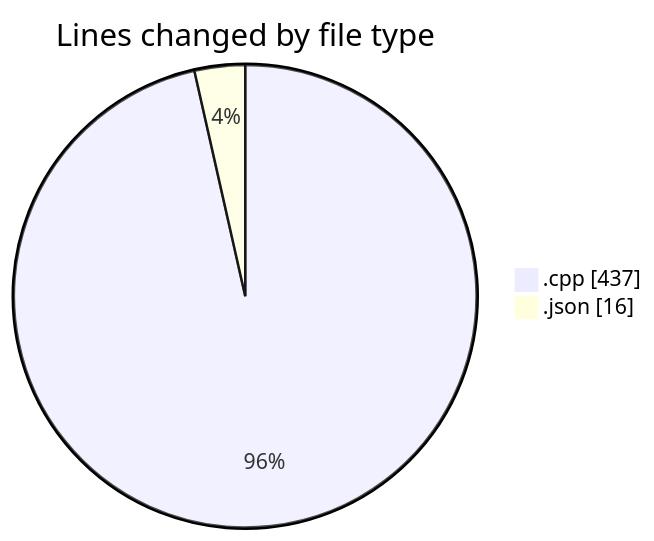
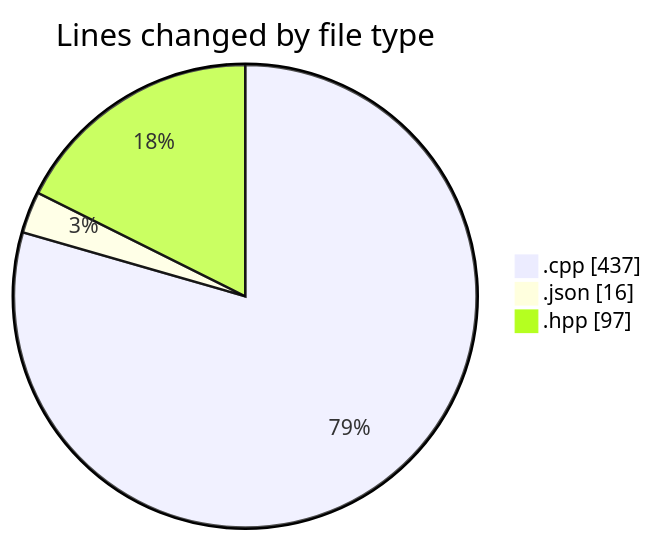
Before and after one commit to Netris89/code-tracking: the first of 2 diagrams in 2025-04-26/echo/README.md, drawn with Mermaid. The commit also changed other lines of this file and 1 other file, not shown here.

````diff
--- a/2025-04-26/echo/README.md
+++ b/2025-04-26/echo/README.md
@@ -22,6 +23,7 @@
 ```mermaid
 pie showData
 title Lines changed by file type
 ".cpp" : 437
 ".json" : 16
+".hpp" : 97
 ```
````
